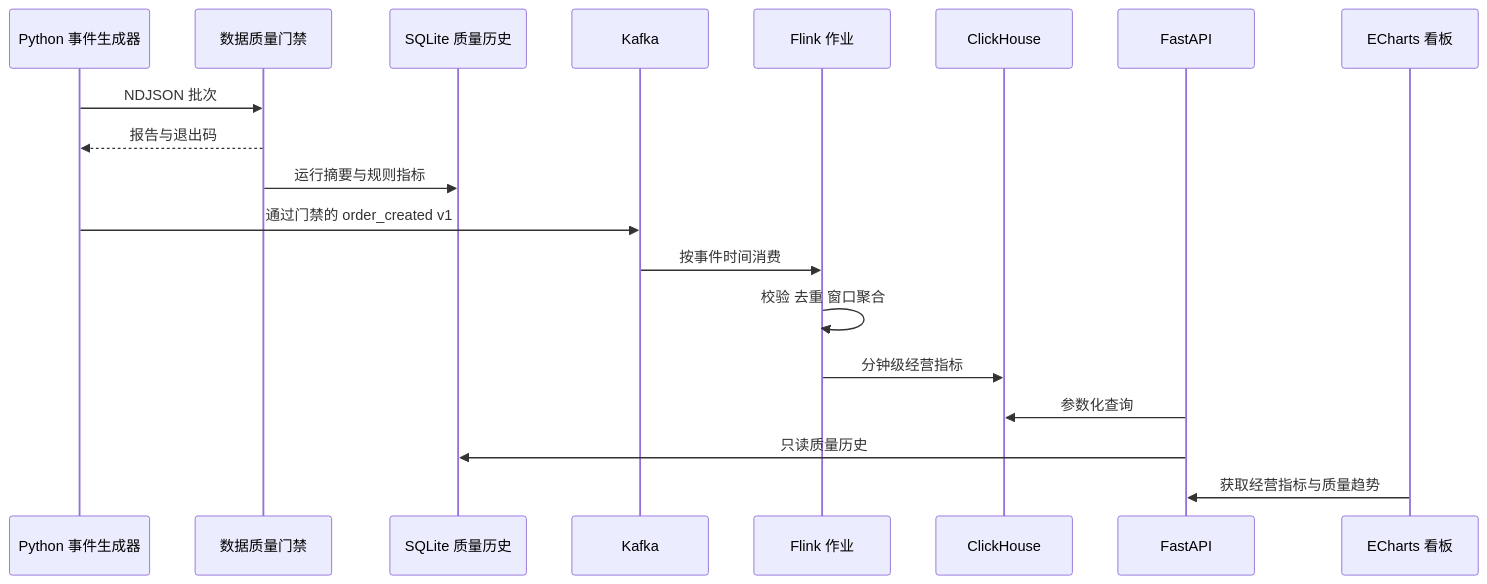
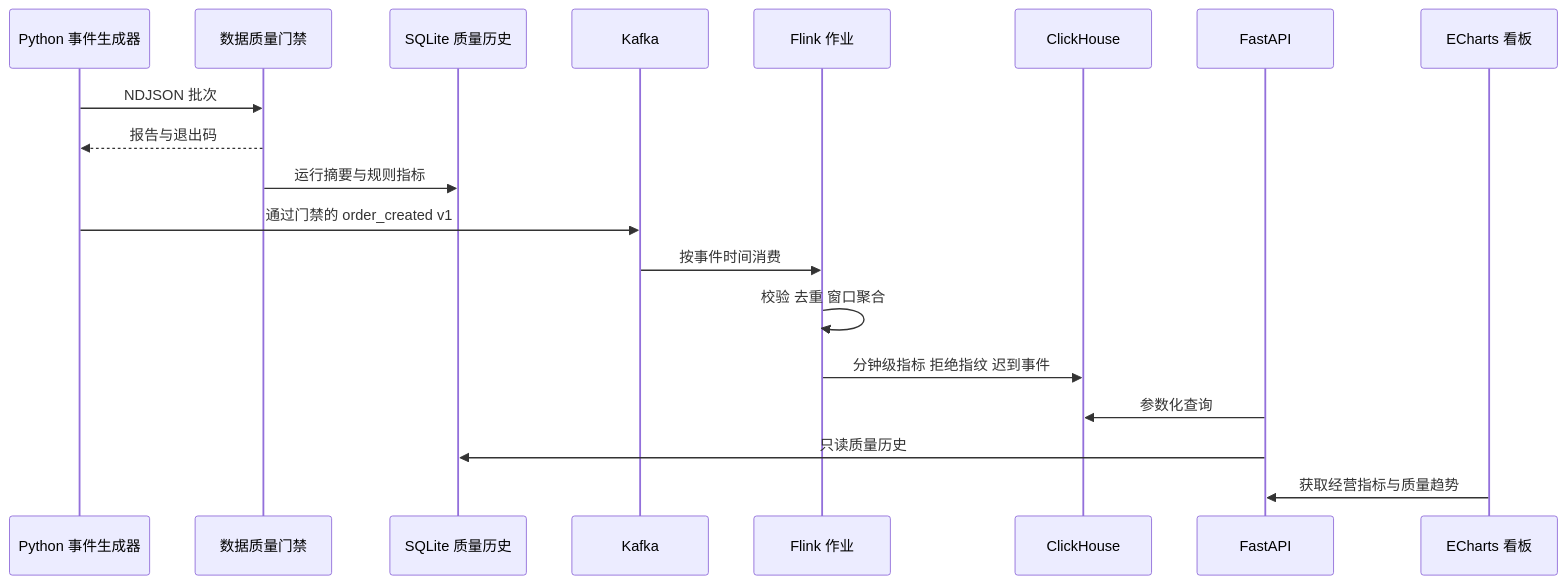
One commit to ZliY221/Real-time-data-warehouse-and-business-analysis-platform-for-e-commerce changed the diagram in docs/architecture.md. Above: the diagram before and after it, drawn with Mermaid. The commit also changed other lines of this file and 29 other files, not shown here.

````diff
--- a/docs/architecture.md
+++ b/docs/architecture.md
@@ -9,22 +9,22 @@
 ```mermaid
 sequenceDiagram
     participant Generator as Python 事件生成器
     participant Quality as 数据质量门禁
     participant History as SQLite 质量历史
     participant Kafka as Kafka
     participant Flink as Flink 作业
     participant Store as ClickHouse
     participant API as FastAPI
     participant Dashboard as ECharts 看板
 
     Generator->>Quality: NDJSON 批次
     Quality-->>Generator: 报告与退出码
     Quality->>History: 运行摘要与规则指标
     Generator->>Kafka: 通过门禁的 order_created v1
     Kafka->>Flink: 按事件时间消费
     Flink->>Flink: 校验 去重 窗口聚合
-    Flink->>Store: 分钟级经营指标
+    Flink->>Store: 分钟级指标 拒绝指纹 迟到事件
     API->>Store: 参数化查询
     API->>History: 只读质量历史
     Dashboard->>API: 获取经营指标与质量趋势
 ```
````
